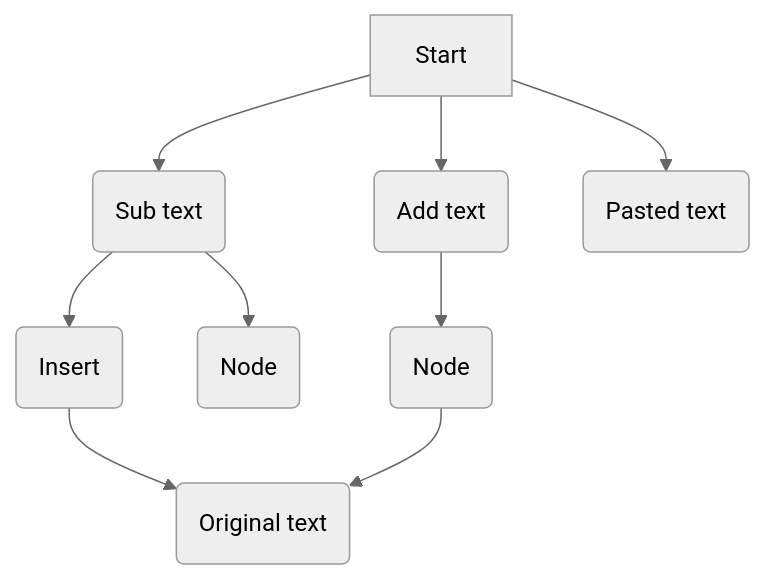
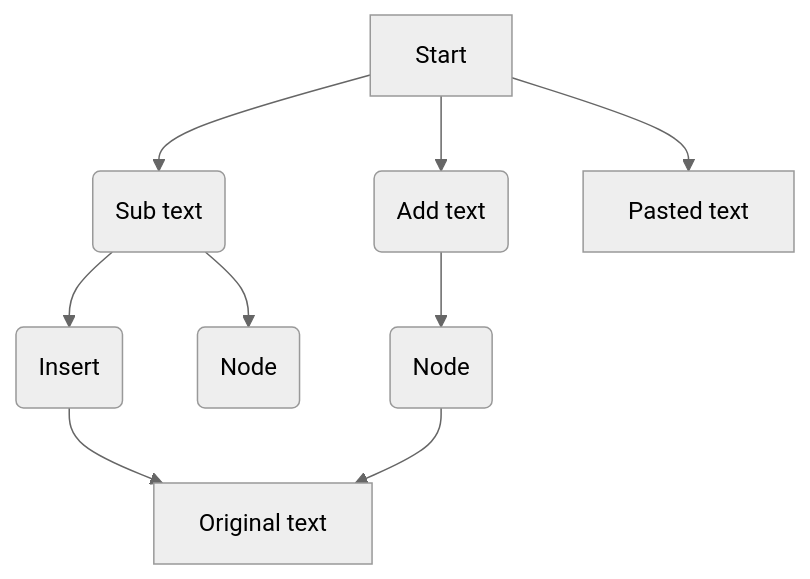
One commit to paperclipstudio/NodeTextEdit changed the diagram in README.md. Above: the diagram before and after it, drawn with Mermaid (neutral theme).

````diff
--- a/README.md
+++ b/README.md
@@ -1,19 +1,19 @@
 ```mermaid
 flowchart
 n1(Add text)
 n2(Sub text)
 n3(Insert)
 n4(Node)
 n5(Node)
-t1(Original text)
-t2(Pasted text)
+t1[Original text]
+t2[Pasted text]
 Start --> n1
 Start --> n2
 	n1 --> n5
 	n2 --> n3
 	n2 --> n4
 	n3 --> t1
 	n5 --> t1
 	Start --> t2
 
 ```
````
